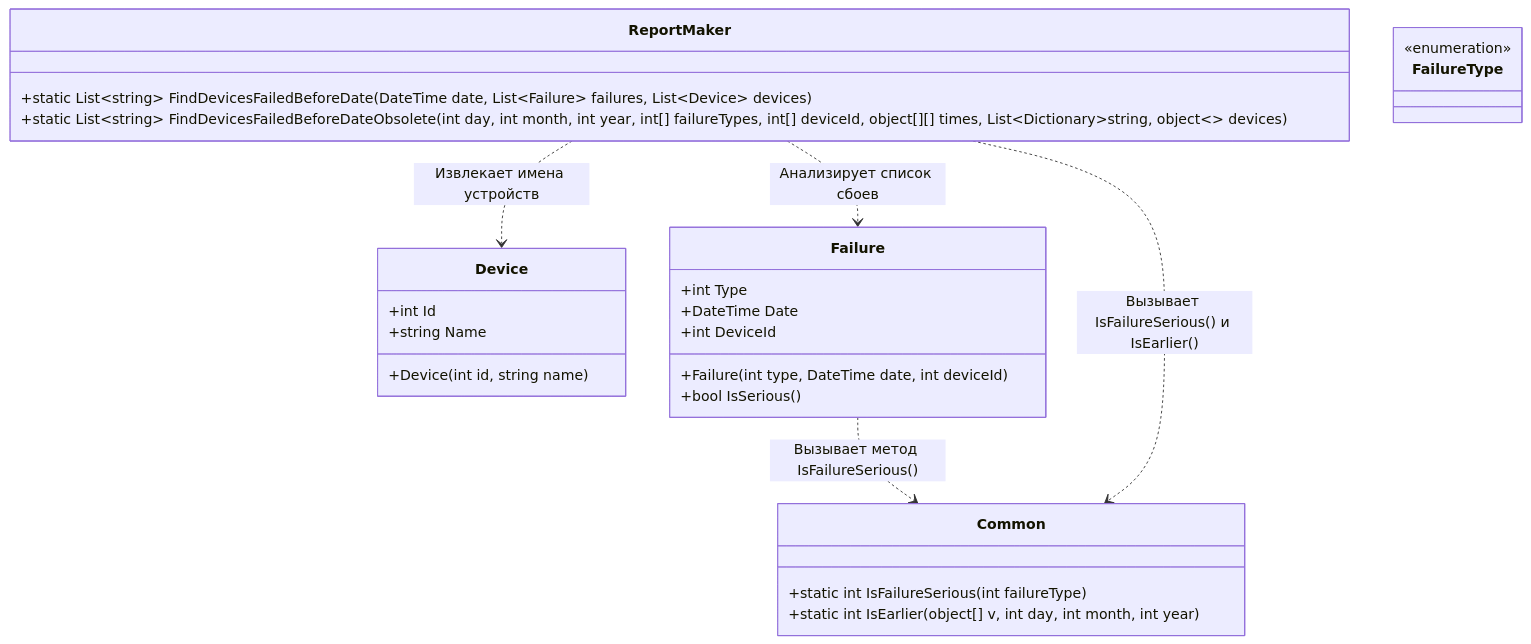
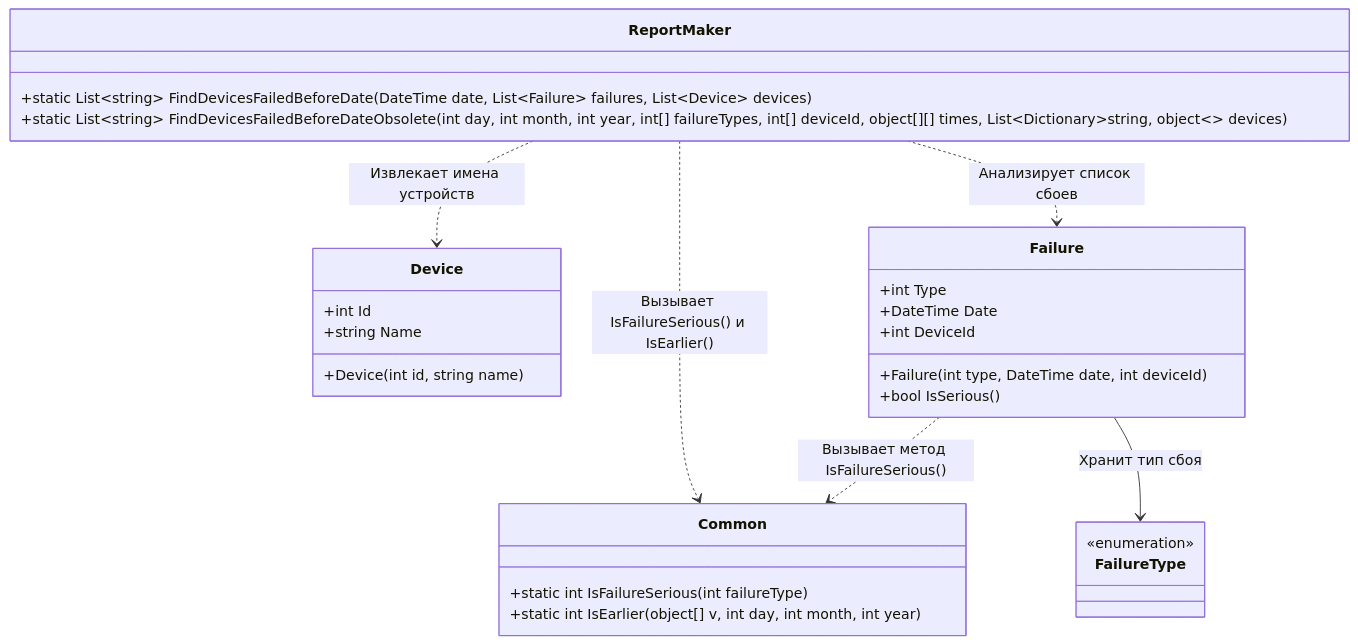
Before and after one commit to ram0k009/Practice: the diagram in sboi.md, drawn with Mermaid.

````diff
--- a/sboi.md
+++ b/sboi.md
@@ -1,37 +1,38 @@
 ```mermaid
 classDiagram
 direction TB
     class Device {
 	    +int Id
 	    +string Name
 	    +Device(int id, string name)
     }
 
     class Failure {
 	    +int Type
 	    +DateTime Date
 	    +int DeviceId
 	    +Failure(int type, DateTime date, int deviceId)
 	    +bool IsSerious()
     }
 
     class Common {
 	    +static int IsFailureSerious(int failureType)
 	    +static int IsEarlier(object[] v, int day, int month, int year)
     }
 
     class ReportMaker {
 	    +static List~string~ FindDevicesFailedBeforeDate(DateTime date, List~Failure~ failures, List~Device~ devices)
 	    +static List~string~ FindDevicesFailedBeforeDateObsolete(int day, int month, int year, int[] failureTypes, int[] deviceId, object[][] times, List~Dictionary~string, object~~ devices)
     }
 
     class FailureType {
     }
 
 	<<enumeration>> FailureType
 
     Failure ..> Common : Вызывает метод IsFailureSerious()
     ReportMaker ..> Failure : Анализирует список сбоев
     ReportMaker ..> Device : Извлекает имена устройств
 	ReportMaker ..> Common : Вызывает IsFailureSerious() и IsEarlier()
+	Failure --> FailureType : Хранит тип сбоя
 ```
````
